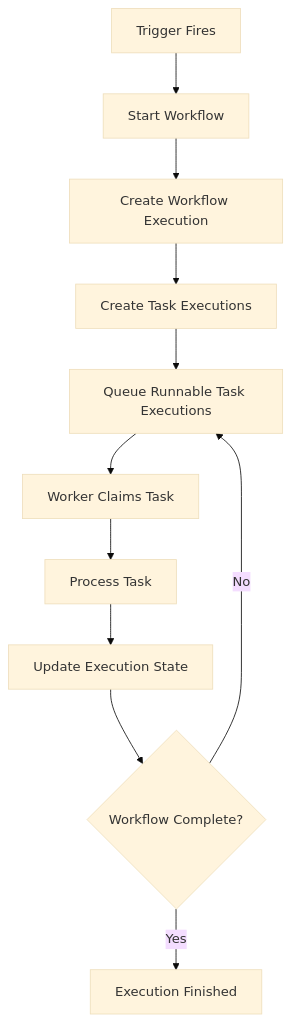
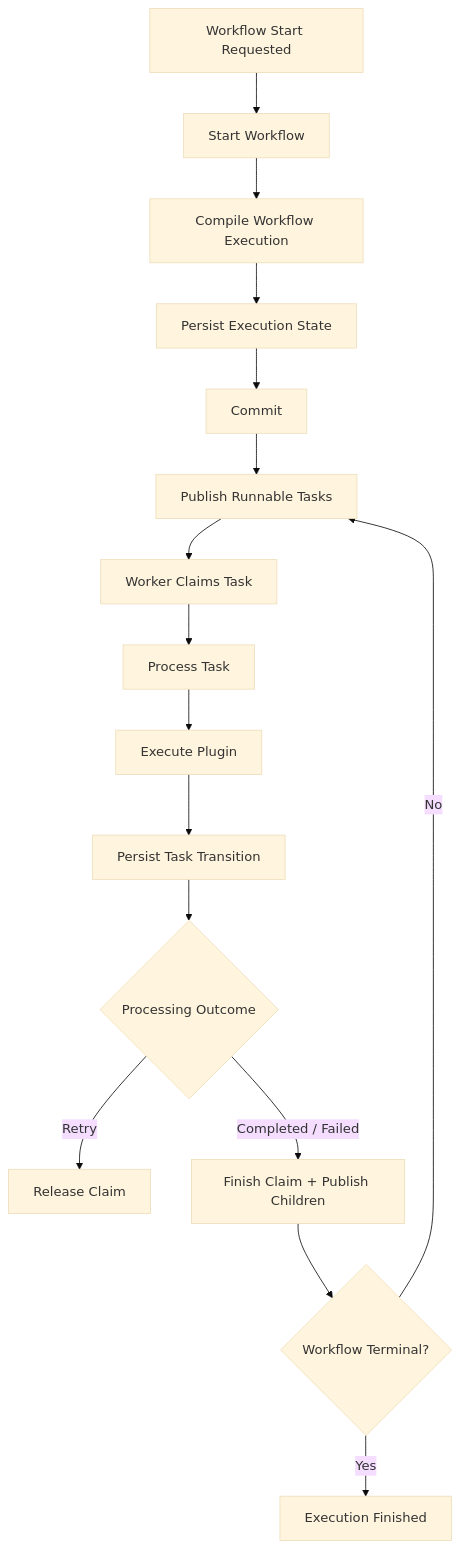
The diagram in docs/architecture/execution-model.md (Devin8407/Automation-Platform), drawn with Mermaid (base theme) before and after one commit. The commit also changed other lines of this file and 44 other files, not shown here.

````diff
--- a/docs/architecture/execution-model.md
+++ b/docs/architecture/execution-model.md
@@ -86,34 +116,36 @@
 ```mermaid
 flowchart TD
 
-    Trigger["Trigger Fires"]
-
+    Trigger["Workflow Start Requested"]
     Start["Start Workflow"]
-
-    Workflow["Create Workflow Execution"]
-
-    Tasks["Create Task Executions"]
-
-    Queue["Queue Runnable Task Executions"]
-
-    Worker["Worker Claims Task"]
-
+    Compile["Compile Workflow Execution"]
+    Persist["Persist Execution State"]
+    Commit["Commit"]
+    Queue["Publish Runnable Tasks"]
+    Claim["Worker Claims Task"]
     Process["Process Task"]
-
-    Update["Update Execution State"]
-
-    Complete{"Workflow Complete?"}
-
-    Finish["Execution Finished"]
+    Plugin["Execute Plugin"]
+    Transition["Persist Task Transition"]
+    Disposition{"Processing Outcome"}
+    Release["Release Claim"]
+    Finish["Finish Claim + Publish Children"]
+    Terminal{"Workflow Terminal?"}
 
     Trigger --> Start
-    Start --> Workflow
-    Workflow --> Tasks
-    Tasks --> Queue
-    Queue --> Worker
-    Worker --> Process
-    Process --> Update
-    Update --> Complete
-    Complete -->|No| Queue
-    Complete -->|Yes| Finish
+    Start --> Compile
+    Compile --> Persist
+    Persist --> Commit
+    Commit --> Queue
+    Queue --> Claim
+    Claim --> Process
+    Process --> Plugin
+    Plugin --> Transition
+    Transition --> Disposition
+
+    Disposition -->|Retry| Release
+    Disposition -->|Completed / Failed| Finish
+
+    Finish --> Terminal
+    Terminal -->|No| Queue
+    Terminal -->|Yes| End["Execution Finished"]
 ```
````
